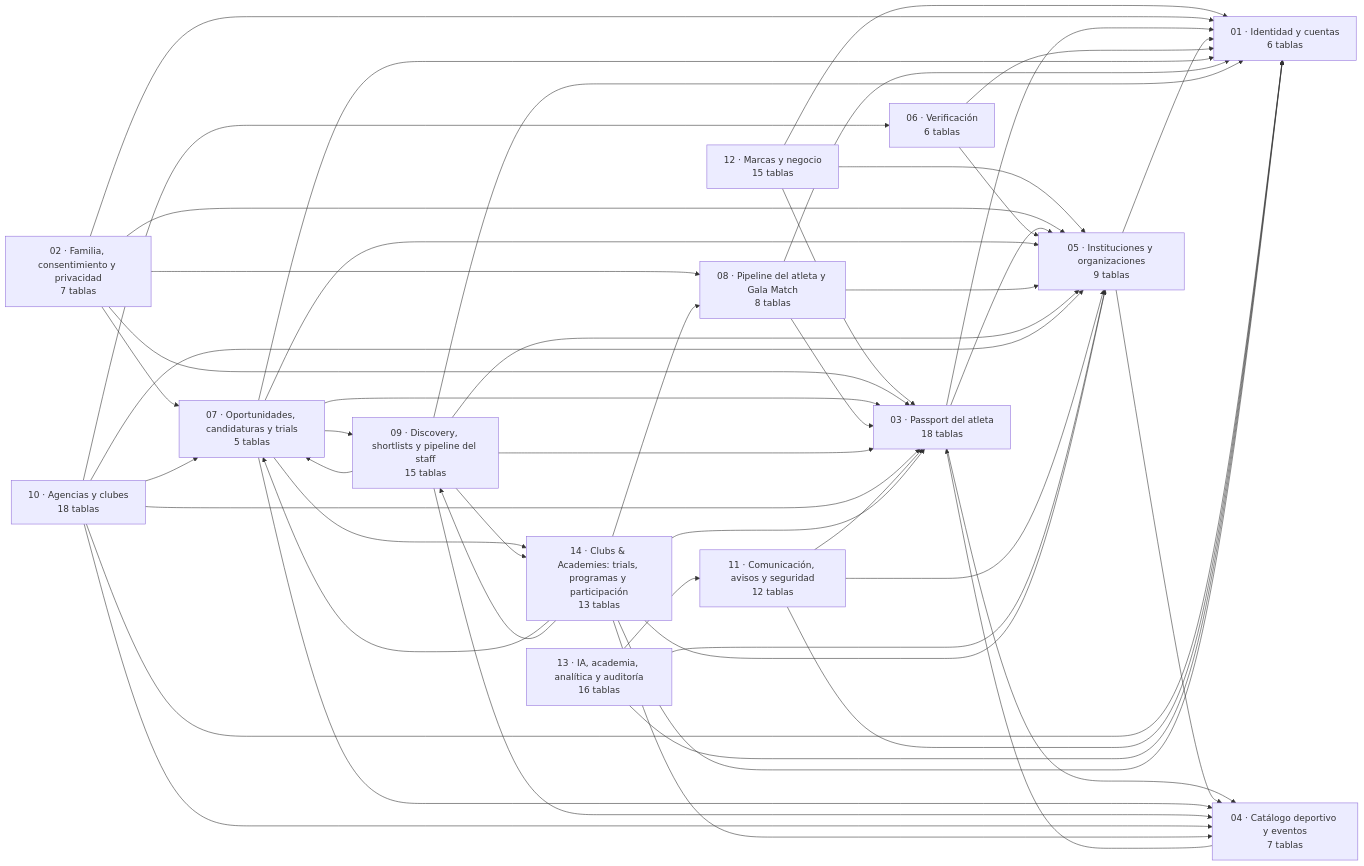
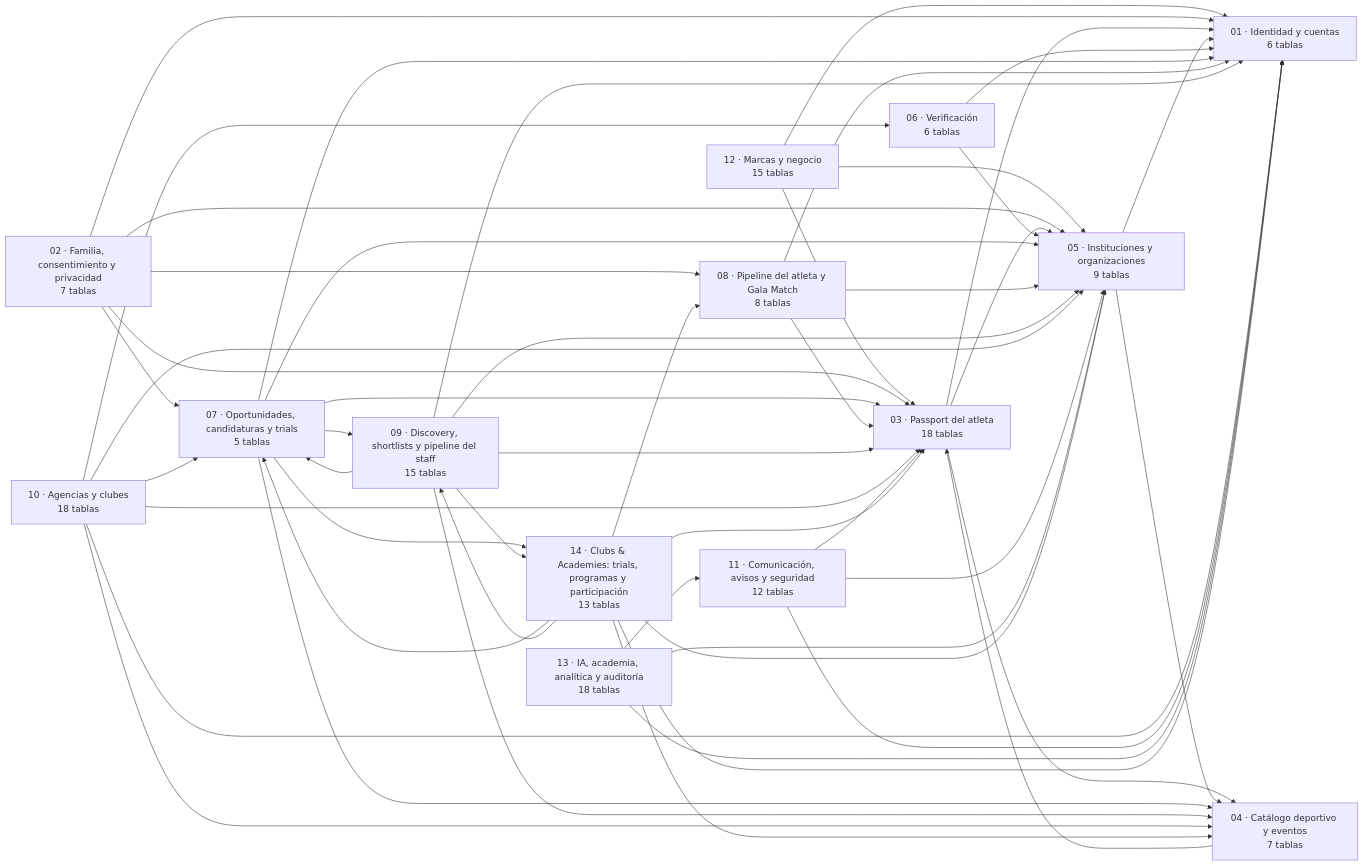
One commit to Galacamarena9/THE-GALA-ALLIANCE changed the first of 2 diagrams in docs/erd/00-MASTER.md. Above: the diagram before and after it, drawn with Mermaid. The commit also changed other lines of this file and 21 other files, not shown here.

````diff
--- a/docs/erd/00-MASTER.md
+++ b/docs/erd/00-MASTER.md
@@ -13,67 +13,67 @@
 ```mermaid
 flowchart LR
   D01["01 · Identidad y cuentas<br>6 tablas"]
   D02["02 · Familia, consentimiento y privacidad<br>7 tablas"]
   D03["03 · Passport del atleta<br>18 tablas"]
   D04["04 · Catálogo deportivo y eventos<br>7 tablas"]
   D05["05 · Instituciones y organizaciones<br>9 tablas"]
   D06["06 · Verificación<br>6 tablas"]
   D07["07 · Oportunidades, candidaturas y trials<br>5 tablas"]
   D08["08 · Pipeline del atleta y Gala Match<br>8 tablas"]
   D09["09 · Discovery, shortlists y pipeline del staff<br>15 tablas"]
   D10["10 · Agencias y clubes<br>18 tablas"]
   D11["11 · Comunicación, avisos y seguridad<br>12 tablas"]
   D12["12 · Marcas y negocio<br>15 tablas"]
-  D13["13 · IA, academia, analítica y auditoría<br>16 tablas"]
+  D13["13 · IA, academia, analítica y auditoría<br>18 tablas"]
   D14["14 · Clubs & Academies: trials, programas y participación<br>13 tablas"]
   D12 --> D01
   D12 --> D03
   D12 --> D05
   D02 --> D01
   D02 --> D03
   D02 --> D05
   D02 --> D07
   D02 --> D08
   D03 --> D01
   D03 --> D04
   D03 --> D05
   D04 --> D03
   D05 --> D01
   D05 --> D04
   D06 --> D01
   D06 --> D05
   D07 --> D01
   D07 --> D03
   D07 --> D04
   D07 --> D05
   D07 --> D09
   D07 --> D14
   D08 --> D01
   D08 --> D03
   D08 --> D05
   D09 --> D01
   D09 --> D03
   D09 --> D04
   D09 --> D05
   D09 --> D07
   D09 --> D14
   D10 --> D01
   D10 --> D03
   D10 --> D04
   D10 --> D05
   D10 --> D06
   D10 --> D07
   D11 --> D01
   D11 --> D03
   D11 --> D05
   D13 --> D01
   D13 --> D05
   D13 --> D11
   D14 --> D01
   D14 --> D03
   D14 --> D04
   D14 --> D05
   D14 --> D07
   D14 --> D08
   D14 --> D09
 ```
````
